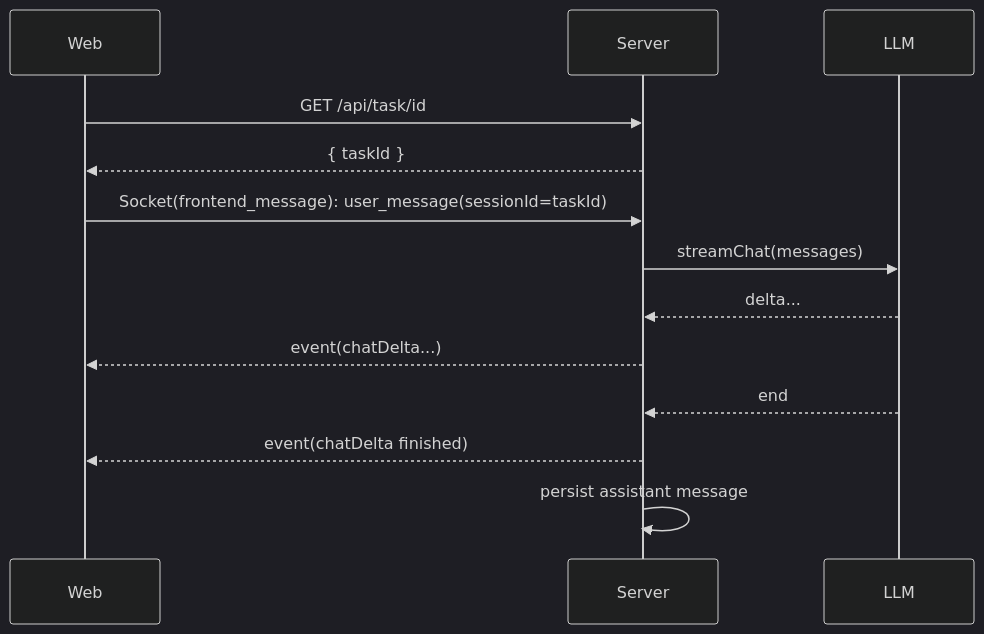
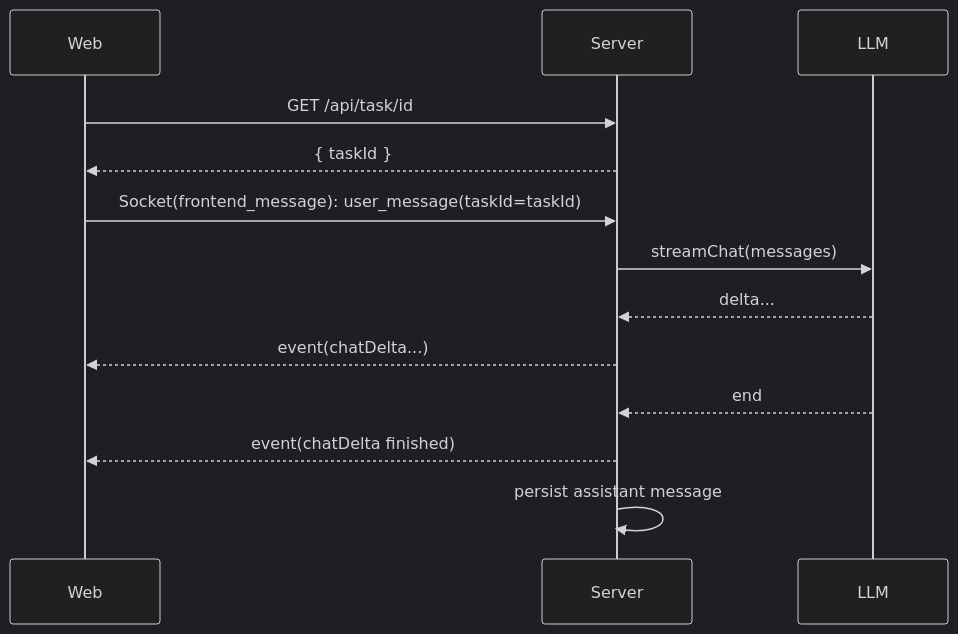
One commit to originpointer/mimo changed the first of 2 diagrams in turbo/docs/system-design/agent-runtime.md. Above: the diagram before and after it, drawn with Mermaid (dark theme). The commit also changed other lines of this file and 157 other files, not shown here.

````diff
--- a/turbo/docs/system-design/agent-runtime.md
+++ b/turbo/docs/system-design/agent-runtime.md
@@ -78,16 +104,16 @@
 ```mermaid
 sequenceDiagram
   participant W as Web
   participant S as Server
   participant L as LLM
 
   W->>S: GET /api/task/id
   S-->>W: { taskId }
-  W->>S: Socket(frontend_message): user_message(sessionId=taskId)
+  W->>S: Socket(frontend_message): user_message(taskId=taskId)
   S->>L: streamChat(messages)
   L-->>S: delta...
   S-->>W: event(chatDelta...)
   L-->>S: end
   S-->>W: event(chatDelta finished)
   S->>S: persist assistant message
 ```
````
